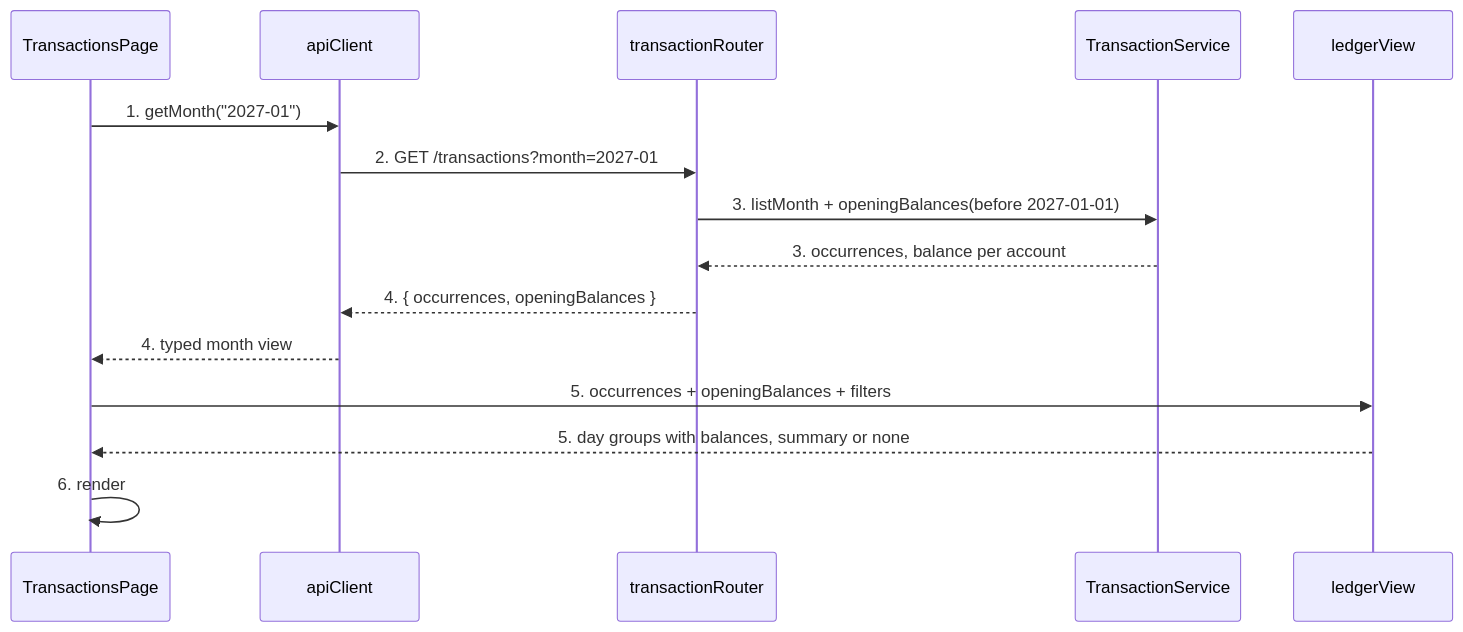
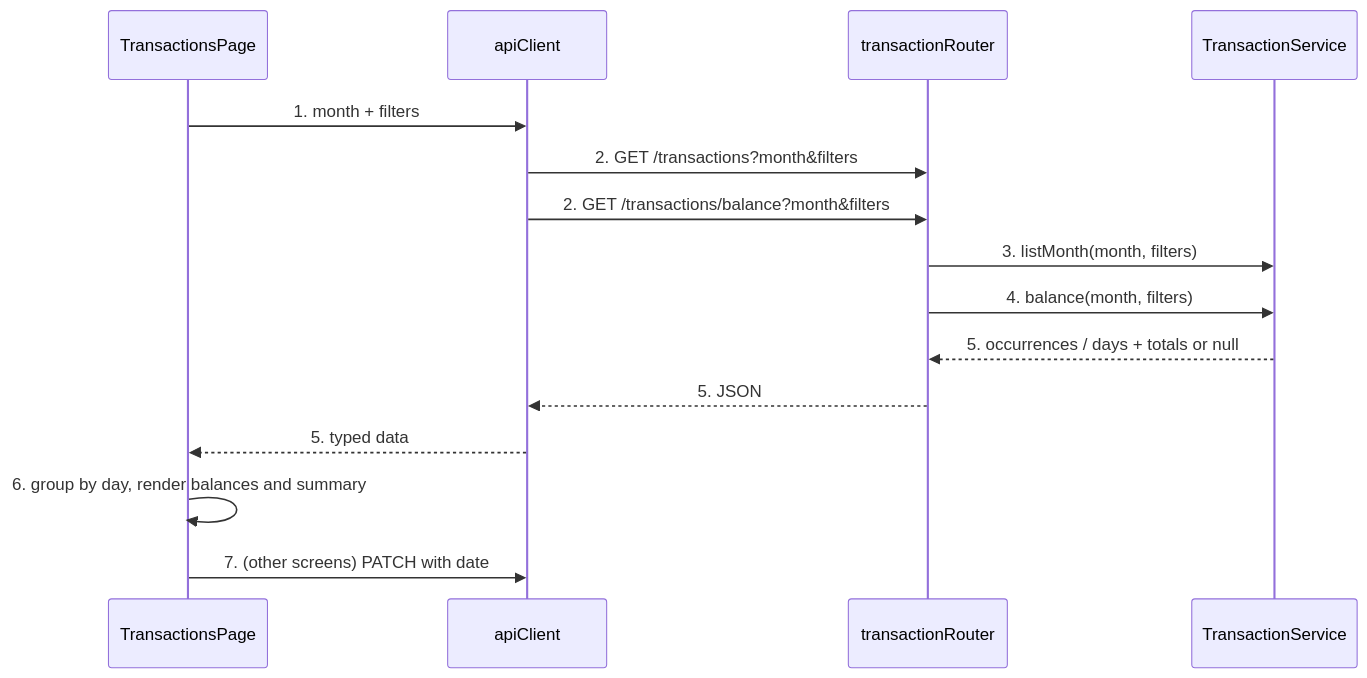
Before and after one commit to tghcastro/capital-care-v2: the first of 3 diagrams in .specs/features/monthly-balance/plan.md, drawn with Mermaid. The commit also changed other lines of this file and 1 other file, not shown here.

First line of the commit message:
docs(specs): move monthly balance rules to the api in the plan

````diff
--- a/.specs/features/monthly-balance/plan.md
+++ b/.specs/features/monthly-balance/plan.md
@@ -20,17 +21,17 @@
 ```mermaid
 sequenceDiagram
     participant P as TransactionsPage
     participant C as apiClient
     participant R as transactionRouter
     participant S as TransactionService
-    participant V as ledgerView
-    P->>C: 1. getMonth("2027-01")
-    C->>R: 2. GET /transactions?month=2027-01
-    R->>S: 3. listMonth + openingBalances(before 2027-01-01)
-    S-->>R: 3. occurrences, balance per account
-    R-->>C: 4. { occurrences, openingBalances }
-    C-->>P: 4. typed month view
-    P->>V: 5. occurrences + openingBalances + filters
-    V-->>P: 5. day groups with balances, summary or none
-    P->>P: 6. render
+    P->>C: 1. month + filters
+    C->>R: 2. GET /transactions?month&filters
+    C->>R: 2. GET /transactions/balance?month&filters
+    R->>S: 3. listMonth(month, filters)
+    R->>S: 4. balance(month, filters)
+    S-->>R: 5. occurrences / days + totals or null
+    R-->>C: 5. JSON
+    C-->>P: 5. typed data
+    P->>P: 6. group by day, render balances and summary
+    P->>C: 7. (other screens) PATCH with date
 ```
````
